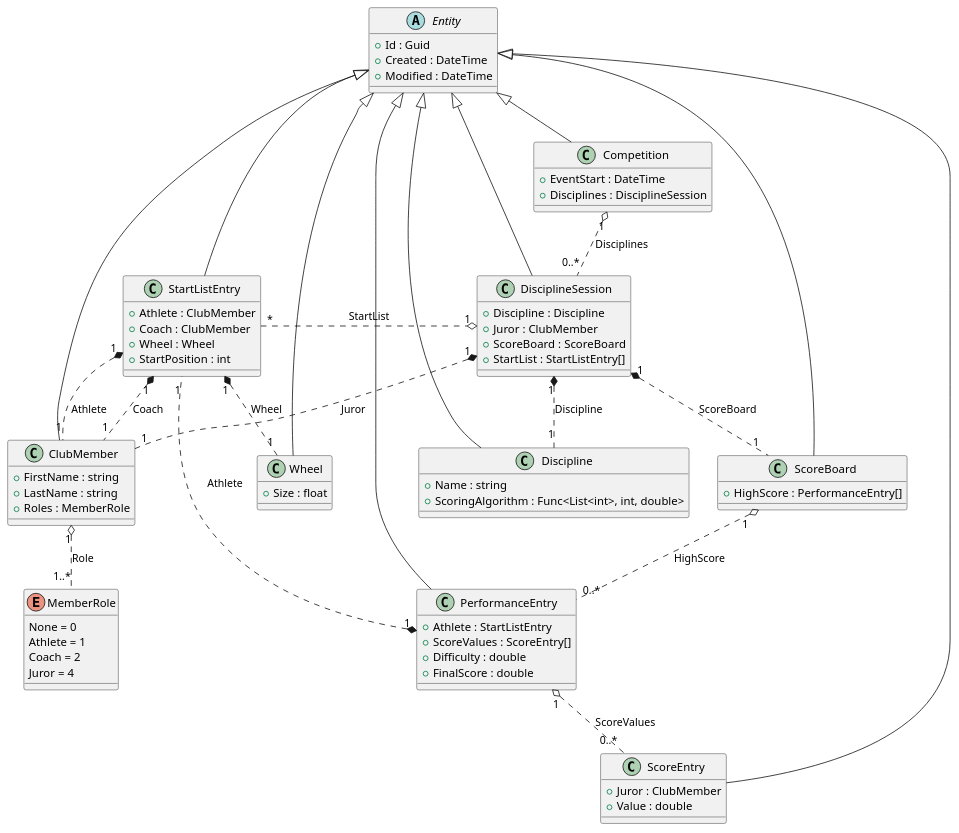
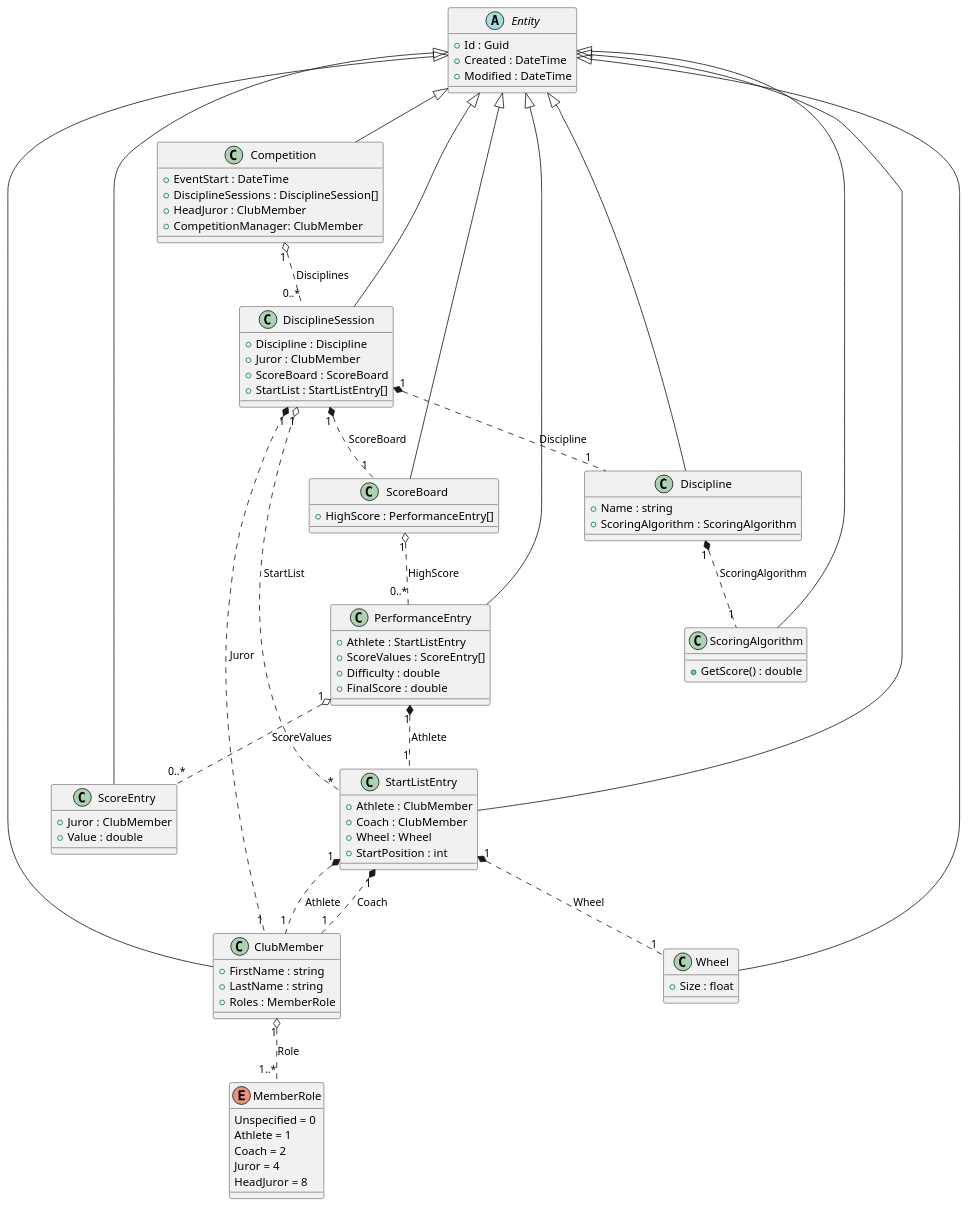
The diagram in docs/architecture/resources/diagrams/domain_model_class_diagram.plantuml (skr444/rhonayro), drawn with PlantUML before and after one commit. The commit also changed 3 other files, not shown here.

```diff
--- a/docs/architecture/resources/diagrams/domain_model_class_diagram.plantuml
+++ b/docs/architecture/resources/diagrams/domain_model_class_diagram.plantuml
@@ -1,89 +1,98 @@
 @startuml
 
 abstract class Entity {
     + Id : Guid
     + Created : DateTime
     + Modified : DateTime
 }
 
 class Competition {
     + EventStart : DateTime
-    + Disciplines : DisciplineSession
+    + DisciplineSessions : DisciplineSession[]
+    + HeadJuror : ClubMember
+    + CompetitionManager: ClubMember
 }
 
 class ClubMember {
     + FirstName : string
     + LastName : string
     + Roles : MemberRole
 }
 
 enum MemberRole {
-    None = 0
+    Unspecified = 0
     Athlete = 1
     Coach = 2
     Juror = 4
+    HeadJuror = 8
 }
 
 class Discipline {
     + Name : string
-    + ScoringAlgorithm : Func<List<int>, int, double>
+    + ScoringAlgorithm : ScoringAlgorithm
+}
+
+class ScoringAlgorithm {
+    + GetScore() : double
 }
 
 class StartListEntry {
     + Athlete : ClubMember
     + Coach : ClubMember
     + Wheel : Wheel
     + StartPosition : int
 }
 
 class DisciplineSession {
     + Discipline : Discipline
     + Juror : ClubMember
     + ScoreBoard : ScoreBoard
     + StartList : StartListEntry[]
 }
 
 class ScoreEntry {
     + Juror : ClubMember
     + Value : double
 }
 
 class PerformanceEntry {
     + Athlete : StartListEntry
     + ScoreValues : ScoreEntry[]
     + Difficulty : double
     + FinalScore : double
 }
 
 class ScoreBoard {
     + HighScore : PerformanceEntry[]
 }
 
 class Wheel {
     + Size : float
 }
 
 Entity <|-- Competition
 Entity <|-- DisciplineSession
 Entity <|-- Discipline
+Entity <|-- ScoringAlgorithm
 Entity <|-- ScoreBoard
 Entity <|-- PerformanceEntry
 Entity <|-- StartListEntry
 Entity <|-- ClubMember
 Entity <|-- Wheel
 Entity <|-- ScoreEntry
 
 Competition "1" o.. "0..*" DisciplineSession : Disciplines
 ClubMember "1" o.. "1..*" MemberRole : Role
 StartListEntry "1" *.. "1" ClubMember : Athlete
 StartListEntry "1" *.. "1" ClubMember : Coach
 StartListEntry "1" *.. "1" Wheel : Wheel
 DisciplineSession "1" *.. "1" Discipline : Discipline
 DisciplineSession "1" *.. "1" ClubMember : Juror
 DisciplineSession "1" *.. "1" ScoreBoard : ScoreBoard
-DisciplineSession "1" o.left. "*" StartListEntry : StartList
+DisciplineSession "1" o.. "*" StartListEntry : StartList
+Discipline "1" *.. "1" ScoringAlgorithm : ScoringAlgorithm
 PerformanceEntry "1" *.. "1" StartListEntry : Athlete
 PerformanceEntry "1" o.. "0..*" ScoreEntry : ScoreValues
 ScoreBoard "1" o.. "0..*" PerformanceEntry : HighScore
 
 @enduml
```
